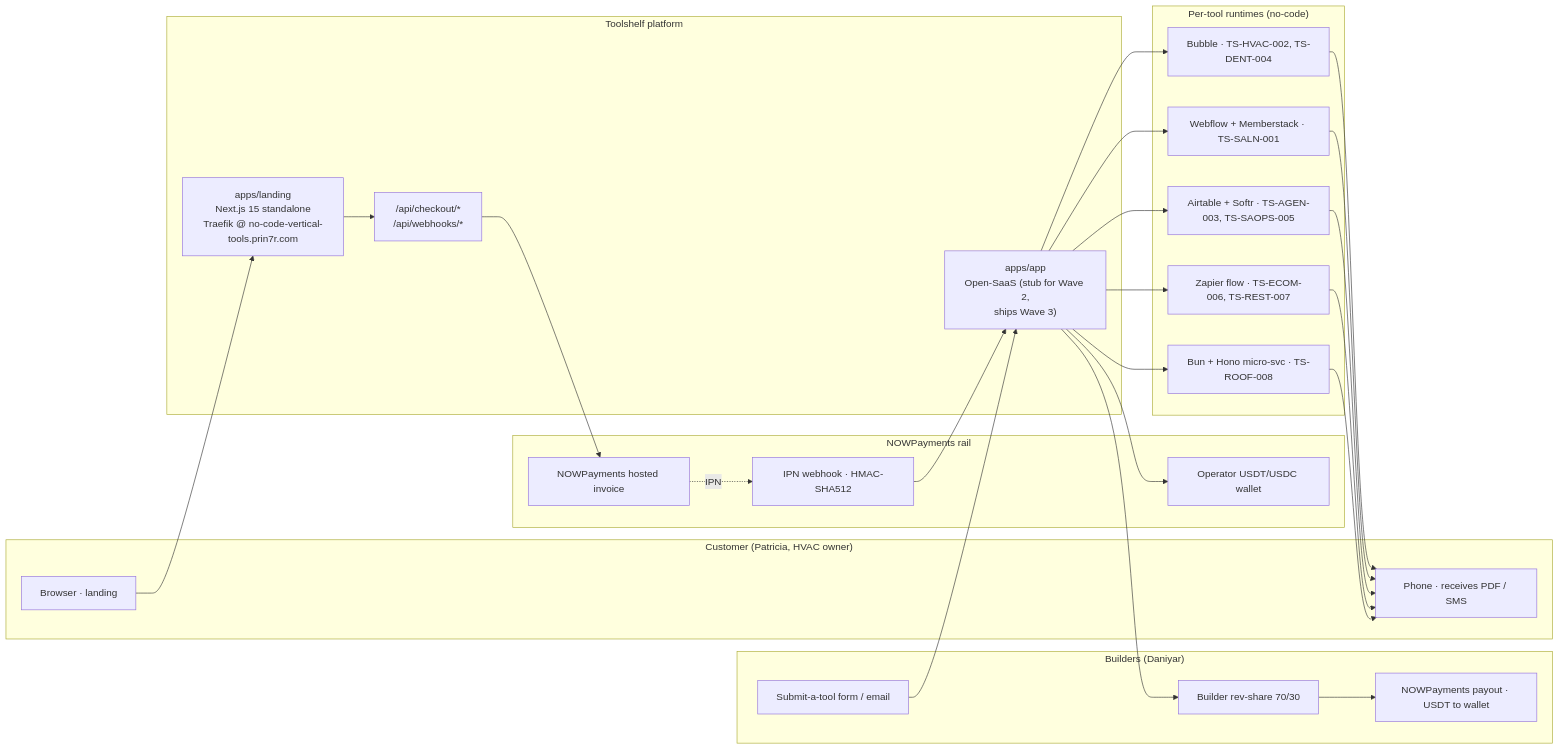
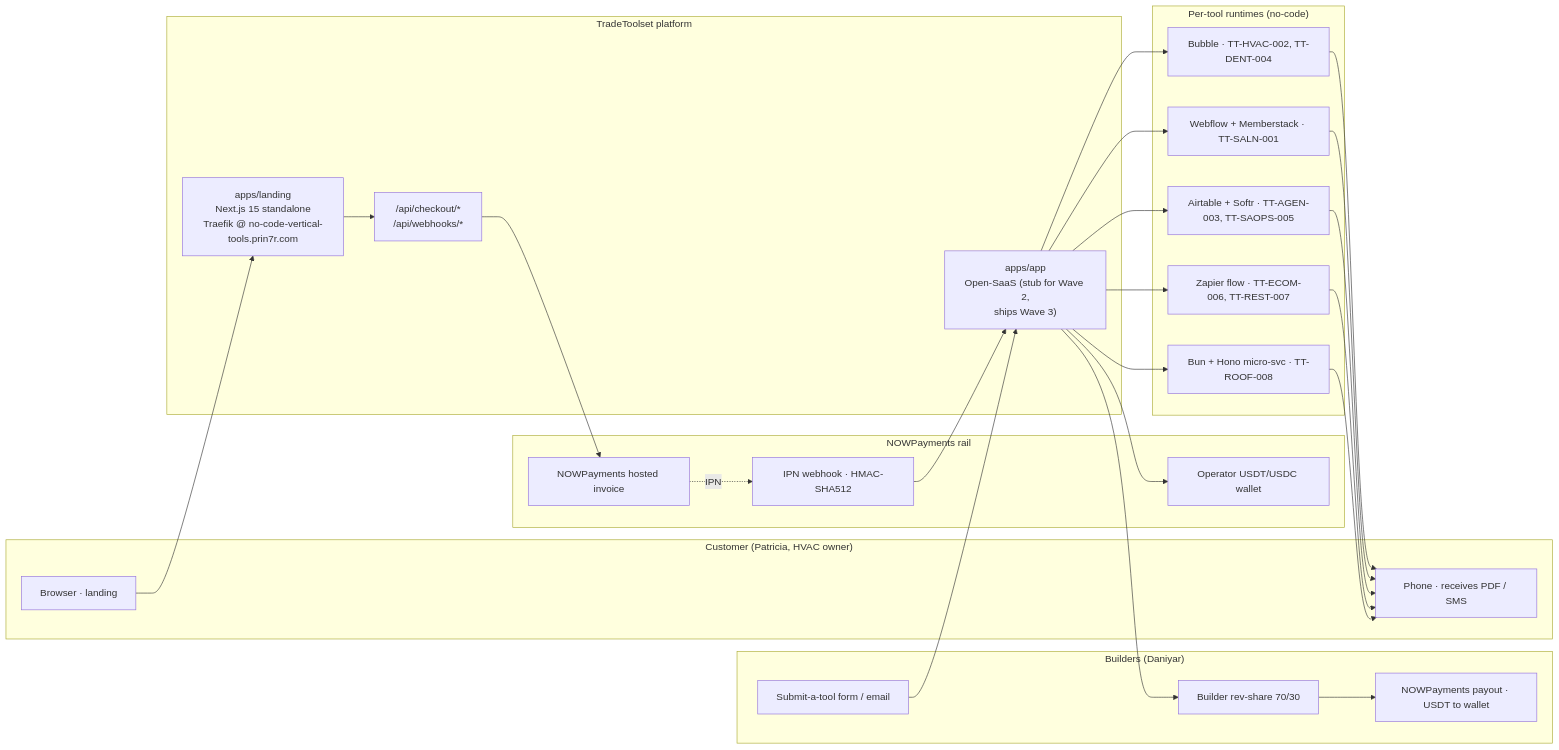
The diagram in docs/02-architecture.md (prin7r-projects/no-code-vertical-tools), drawn with Mermaid before and after one commit. The commit also changed other lines of this file and 27 other files, not shown here.

First line of the commit message:
rebrand: Toolshelf → TradeToolset (FAIL on live toolshelf.tech dev-tools collision)

````diff
--- a/docs/02-architecture.md
+++ b/docs/02-architecture.md
@@ -5,50 +5,50 @@
 ```mermaid
 flowchart LR
     subgraph CUSTOMER["Customer (Patricia, HVAC owner)"]
         BROWSER[Browser · landing]
         PHONE[Phone · receives PDF / SMS]
     end
 
-    subgraph TOOLSHELF["Toolshelf platform"]
+    subgraph TRADETOOLSET["TradeToolset platform"]
         LANDING["apps/landing<br/>Next.js 15 standalone<br/>Traefik @ no-code-vertical-tools.prin7r.com"]
         APP["apps/app<br/>Open-SaaS (stub for Wave 2,<br/>ships Wave 3)"]
         APIROUTES["/api/checkout/*<br/>/api/webhooks/*"]
     end
 
     subgraph TOOLS["Per-tool runtimes (no-code)"]
-        BUBBLE[Bubble · TS-HVAC-002, TS-DENT-004]
-        WEBFLOW[Webflow + Memberstack · TS-SALN-001]
-        AIRTABLE[Airtable + Softr · TS-AGEN-003, TS-SAOPS-005]
-        ZAPIER[Zapier flow · TS-ECOM-006, TS-REST-007]
-        HONO[Bun + Hono micro-svc · TS-ROOF-008]
+        BUBBLE[Bubble · TT-HVAC-002, TT-DENT-004]
+        WEBFLOW[Webflow + Memberstack · TT-SALN-001]
+        AIRTABLE[Airtable + Softr · TT-AGEN-003, TT-SAOPS-005]
+        ZAPIER[Zapier flow · TT-ECOM-006, TT-REST-007]
+        HONO[Bun + Hono micro-svc · TT-ROOF-008]
     end
 
     subgraph PAYMENT["NOWPayments rail"]
         NOWPAY[NOWPayments hosted invoice]
         IPN[IPN webhook · HMAC-SHA512]
         WALLET[Operator USDT/USDC wallet]
     end
 
     subgraph BUILDERS["Builders (Daniyar)"]
         SUBMIT[Submit-a-tool form / email]
         REVSHARE[Builder rev-share 70/30]
         PAYOUT[NOWPayments payout · USDT to wallet]
     end
 
     BROWSER --> LANDING
     LANDING --> APIROUTES
     APIROUTES --> NOWPAY
     NOWPAY -.IPN.-> IPN
     IPN --> APP
     APP --> WALLET
     APP --> BUBBLE & WEBFLOW & AIRTABLE & ZAPIER & HONO
     BUBBLE --> PHONE
     WEBFLOW --> PHONE
     AIRTABLE --> PHONE
     ZAPIER --> PHONE
     HONO --> PHONE
 
     SUBMIT --> APP
     APP --> REVSHARE
     REVSHARE --> PAYOUT
 ```
````
